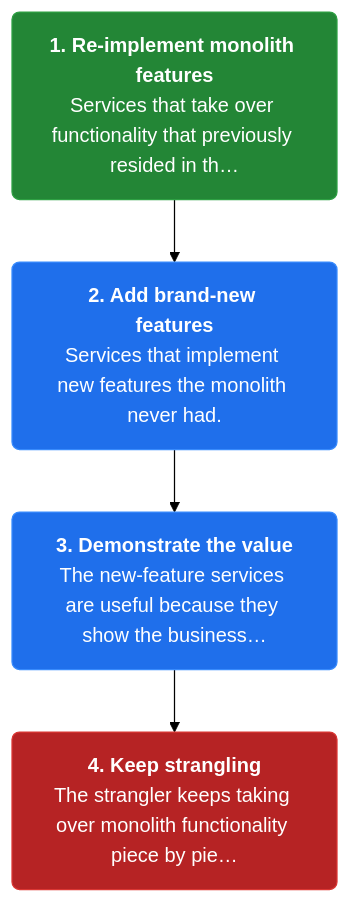
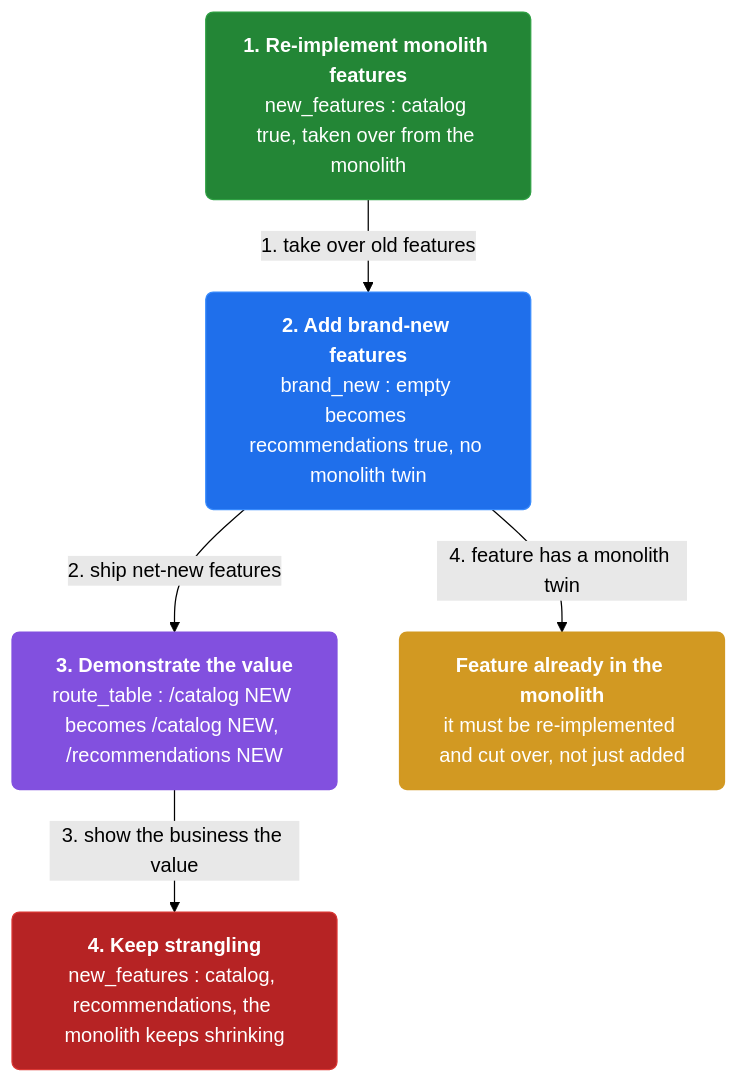
One commit to vinayakuber/microservices-io-study-guide changed the third of 3 diagrams in docs/ch44-strangler-application.md. Above: the diagram before and after it, drawn with Mermaid (forest theme). The commit also changed other lines of this file and 46 other files, not shown here.

First line of the commit message:
Author rich branching flow diagrams for all 44 chapters

````diff
--- a/docs/ch44-strangler-application.md
+++ b/docs/ch44-strangler-application.md
@@ -91,13 +104,17 @@
 ```mermaid
 flowchart TD
-  classDef step fill:#1f6feb,color:#ffffff,stroke:#388bfd,stroke-width:1px,rx:6
+  classDef step fill:#1f6feb,color:#ffffff,stroke:#388bfd,rx:6
+  classDef core fill:#8250df,color:#ffffff,stroke:#8250df,rx:6
+  classDef warn fill:#d29922,color:#ffffff,stroke:#d29922,rx:6
   classDef start fill:#238636,color:#ffffff,stroke:#2ea043,rx:6
   classDef stop fill:#b62324,color:#ffffff,stroke:#da3633,rx:6
-  s2n0["<b>1. Re-implement monolith features</b><br/>Services that take over functionality that previously resided in th…"]:::start
-  s2n1["<b>2. Add brand-new features</b><br/>Services that implement new features the monolith never had."]:::step
-  s2n2["<b>3. Demonstrate the value</b><br/>The new-feature services are useful because they show the business…"]:::step
-  s2n3["<b>4. Keep strangling</b><br/>The strangler keeps taking over monolith functionality piece by pie…"]:::stop
-  s2n0 --> s2n1
-  s2n1 --> s2n2
-  s2n2 --> s2n3
+  n0["<b>1. Re-implement monolith features</b><br/>new_features : catalog true, taken over from the monolith"]:::start
+  n1["<b>2. Add brand-new features</b><br/>brand_new : empty becomes recommendations true, no monolith twin"]:::step
+  n2["<b>3. Demonstrate the value</b><br/>route_table : /catalog NEW becomes /catalog NEW, /recommendations NEW"]:::core
+  n3["<b>4. Keep strangling</b><br/>new_features : catalog, recommendations, the monolith keeps shrinking"]:::stop
+  n4["<b>Feature already in the monolith</b><br/>it must be re-implemented and cut over, not just added"]:::warn
+  n0 -->|"1. take over old features"| n1
+  n1 -->|"2. ship net-new features"| n2
+  n2 -->|"3. show the business the value"| n3
+  n1 -->|"4. feature has a monolith twin"| n4
 ```
````
